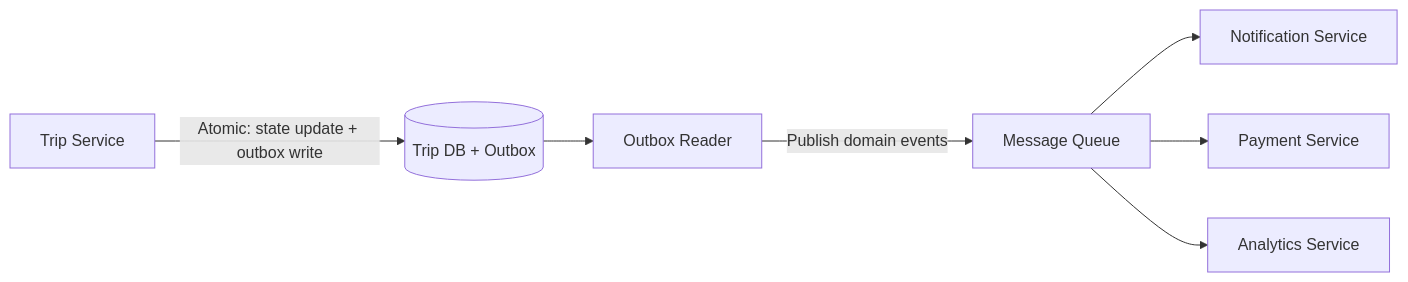
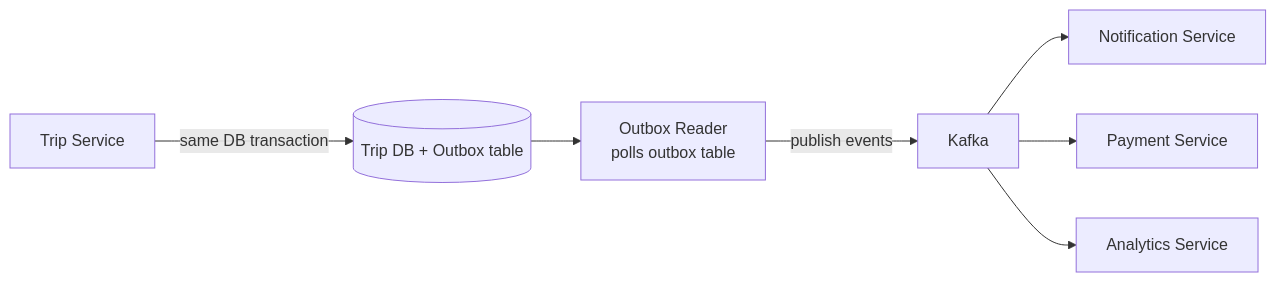
Before and after one commit to gajwala/DSA-Topic-wise: the sixth of 7 diagrams in SYSTEM_DESIGN/UBER.md, drawn with Mermaid. The commit also changed other lines of this file, not shown here.

````diff
--- a/SYSTEM_DESIGN/UBER.md
+++ b/SYSTEM_DESIGN/UBER.md
@@ -226,9 +216,9 @@
 ```mermaid
 flowchart LR
-    TS[Trip Service] -->|Atomic: state update + outbox write| DB[(Trip DB + Outbox)]
-    DB --> OR[Outbox Reader]
-    OR -->|Publish domain events| MQ[Message Queue]
+    TS[Trip Service] -->|same DB transaction| DB[(Trip DB + Outbox table)]
+    DB --> OR[Outbox Reader\npolls outbox table]
+    OR -->|publish events| MQ[Kafka]
     MQ --> N[Notification Service]
     MQ --> P[Payment Service]
     MQ --> AN[Analytics Service]
 ```
````
